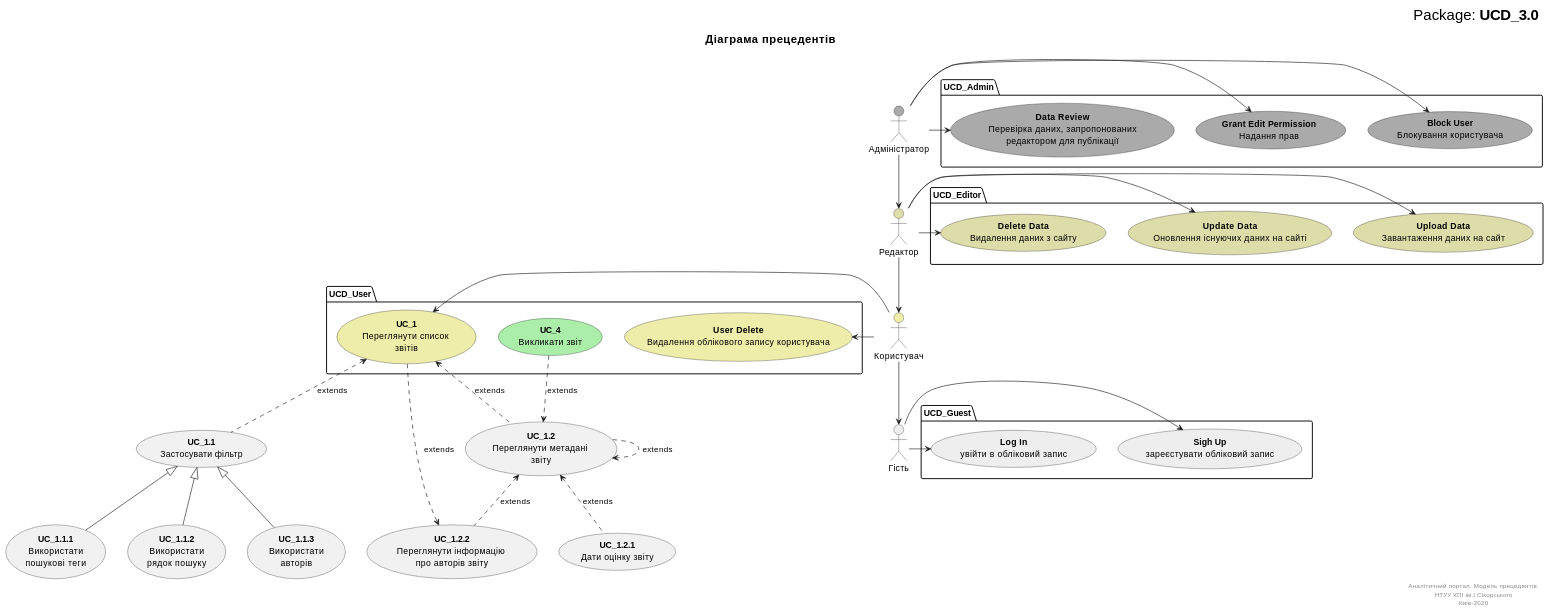
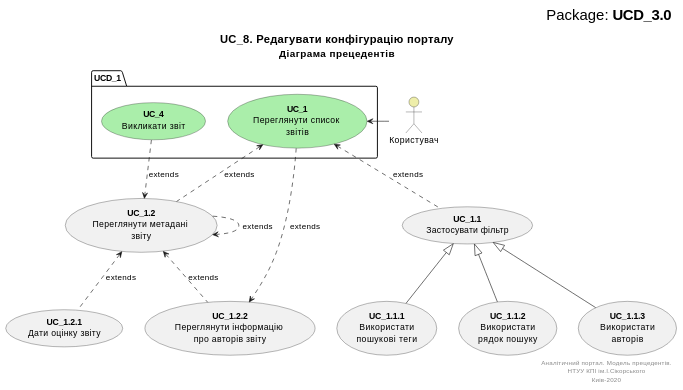
The diagram in docs/use cases/README.md (boldak/edu-db-cw), drawn with PlantUML before and after one commit. The commit also changed other lines of this file, not shown here.

Commit message:
Revert "lab 3 uml"

```diff
--- a/docs/use cases/README.md
+++ b/docs/use cases/README.md
@@ -9,82 +91,54 @@
 @startuml
 
     right header
-    <font size=24 color=black>Package: <b>UCD_3.0
+        <font size=24 color=black>Package: <b>UCD_3.0
     end header
 
     title
-    <font size=18 color=black>Діаграма прецедентів
+        <font size=18 color=black>UC_8. Редагувати конфігурацію порталу
+        <font size=16 color=black>Діаграма прецедентів
     end title
 
-    actor "Адміністратор" as Administrator #aaaaaa
-    actor "Редактор" as Editor #ddddaa
+
     actor "Користувач" as User #eeeeaa
-    actor "Гість" as Guest #eeeeee
-
-    package UCD_Admin {
-    usecase "<b>Data Review</b>\nПеревірка даних, запропонованих\nредактором для публікації" as UC_8 #aaaaaa
-    usecase "<b>Block User</b>\nБлокування користувача" as UC_9 #aaaaaa
-    usecase "<b>Grant Edit Permission</b>\nНадання прав" as UC_10 #aaaaaa
+    
+    package UCD_1{
+        usecase "<b>UC_1</b>\nПереглянути список \nзвітів" as UC_1 #aaeeaa
     }
-
-    package UCD_Editor {
-    usecase  "<b>Update Data</b>\nОновлення існуючих даних на сайті" as UC_3 #ddddaa
-    usecase "<b>Delete Data</b>\nВидалення даних з сайту" as UC_4 #ddddaa
-    usecase "<b>Upload Data</b>\nЗавантаження даних на сайт" as UC_6 #ddddaa
+    
+    usecase "<b>UC_1.1</b>\nЗастосувати фільтр" as UC_1.1
+    usecase "<b>UC_1.2</b>\nПереглянути метадані \nзвіту" as UC_1.2  
+    usecase "<b>UC_1.2.1</b>\nДати оцінку звіту" as UC_1.2.1  
+    usecase "<b>UC_1.2.2</b>\nПереглянути інформацію \nпро авторів звіту" as UC_1.2.2
+    
+    package UCD_1 {
+        usecase "<b>UC_4</b>\nВикликати звіт" as UC_4 #aaeeaa
     }
-
-    package UCD_User {
-    usecase "<b>User Delete</b>\nВидалення облікового запису користувача" as UC_1 #eeeeaa
-    usecase "<b>UC_1</b>\nПереглянути список \nзвітів" as UC_1.1 #eeeeaa
-    usecase "<b>UC_4</b>\nВикликати звіт" as UC_4.0 #aaeeaa
-    }
-
-    usecase "<b>UC_1.1</b>\nЗастосувати фільтр" as UC_1.1.0
+    
     usecase "<b>UC_1.1.1</b>\n Використати \nпошукові теги" as UC_1.1.1  
     usecase "<b>UC_1.1.2</b>\n Використати \nрядок пошуку" as UC_1.1.2
     usecase "<b>UC_1.1.3</b>\n Використати \nавторів" as UC_1.1.3  
-    usecase "<b>UC_1.2.2</b>\nПереглянути інформацію \nпро авторів звіту" as UC_1.2.2
-    usecase "<b>UC_1.2</b>\nПереглянути метадані \nзвіту" as UC_1.2 
-    usecase "<b>UC_1.2.1</b>\nДати оцінку звіту" as UC_1.2.1 
-
-    package UCD_Guest {
-    usecase "<b>Sigh Up</b>\nзареєстувати обліковий запис" as LOG_IN #eeeeee
-    usecase "<b>Log In</b>\nувійти в обліковий запис" as SIGN_IN #eeeeee
-    }
-
-    Administrator -> UC_8
-    Administrator -> UC_9
-    Administrator -> UC_10
-
-    Administrator -down-> Editor
-
-    Editor -> UC_3
-    Editor -> UC_4
-    Editor -> UC_6
-
-    Editor -down-> User
-
+    
+    
+    
     User -> UC_1
-    User -> UC_1.1
-    User -down-> Guest
-    UC_1.1.0 .u.> UC_1.1 :extends
-    UC_1.1.1 -u-|> UC_1.1.0
-    UC_1.1.2 -u-|> UC_1.1.0
-    UC_1.1.3 -u-|> UC_1.1.0
-    UC_1.1 ..> UC_1.2.2 :extends
+    UC_1.1 .u.> UC_1 :extends
+    UC_1.2 .u.> UC_1 :extends
+    UC_4 .d.> UC_1.2 :extends
+    UC_1.2 .> UC_1.2 :extends
+    UC_1.2.1 .u.> UC_1.2 :extends
     UC_1.2.2 .u.> UC_1.2 :extends
-    UC_1.2.1 .u.> UC_1.2 :extends
-    UC_4.0 .d.> UC_1.2 :extends
-    UC_1.2 .> UC_1.2 :extends
-    UC_1.2 .u.> UC_1.1 :extends
-
+    UC_1 ..> UC_1.2.2 :extends
     
-    Guest -> LOG_IN
-    Guest -> SIGN_IN
+    
+    UC_1.1.1 -u-|> UC_1.1
+    UC_1.1.2 -u-|> UC_1.1
+    UC_1.1.3 -u-|> UC_1.1
     
     right footer
         Аналітичний портал. Модель прецедентів.
         НТУУ КПІ ім.І.Сікорського
         Киів-2020
     end footer
-    @enduml
+
+@enduml
```
